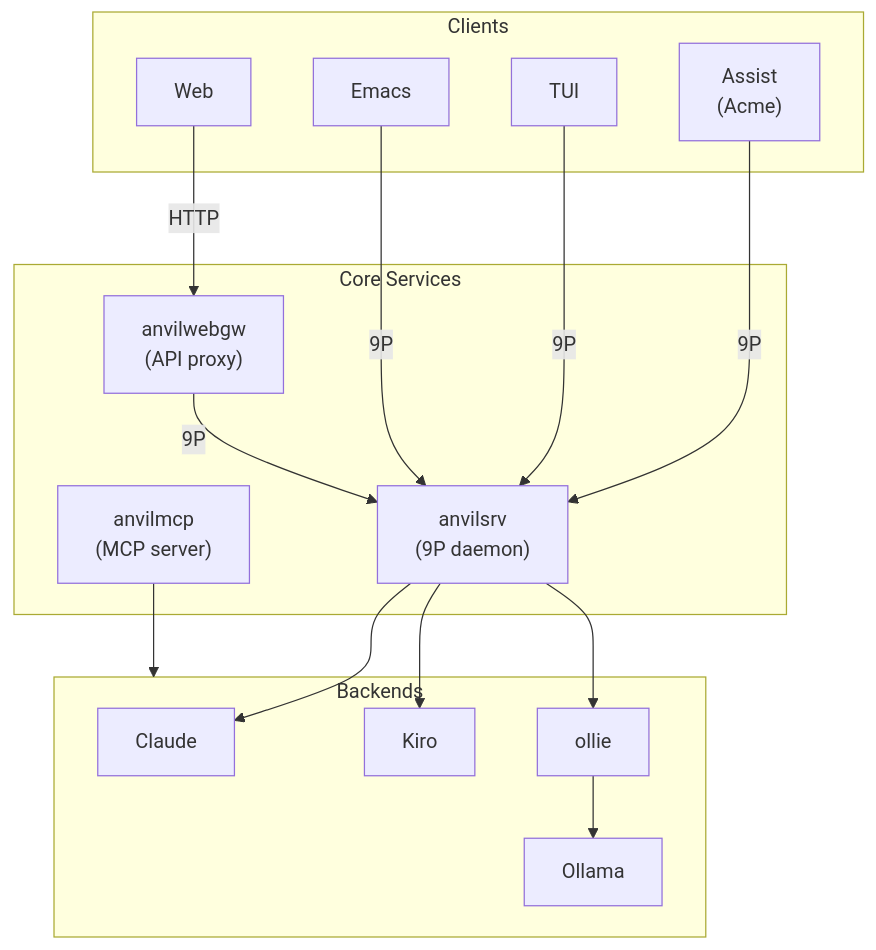
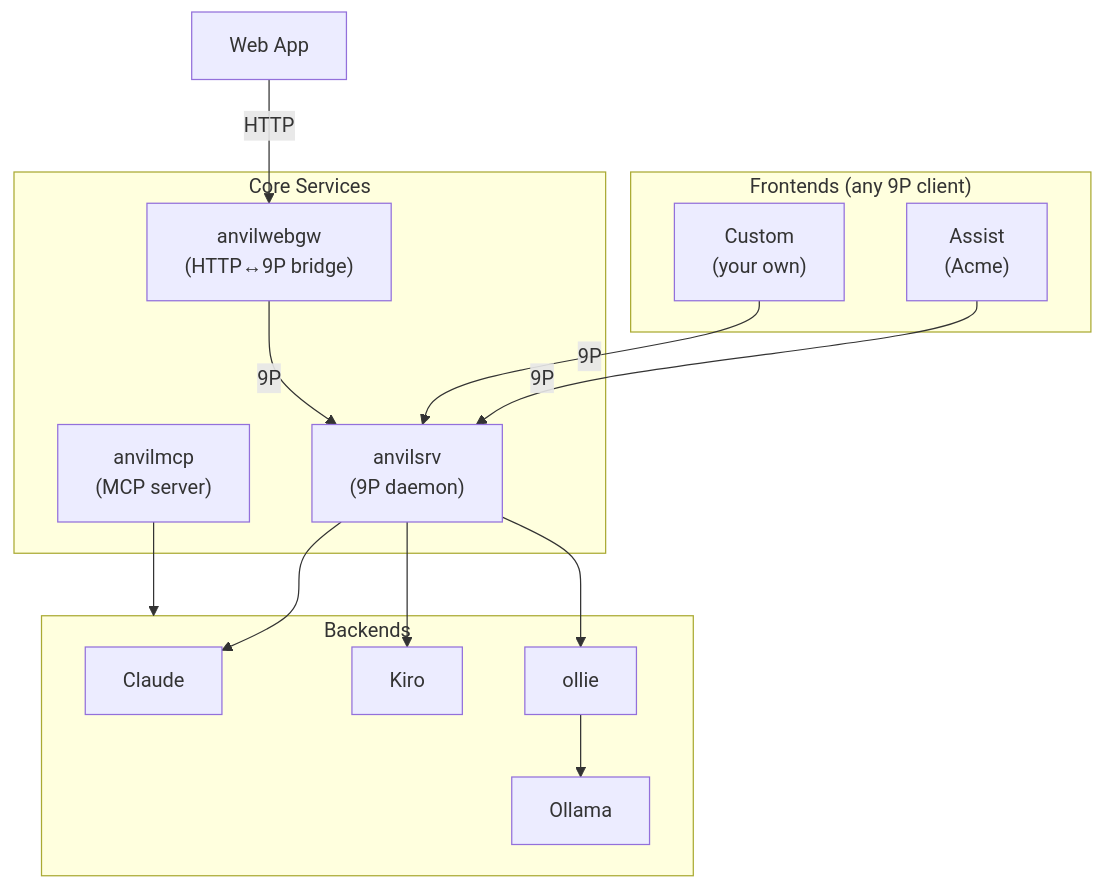
Before and after one commit to lneely/anvillm: the diagram in docs/diagrams/architecture.mmd, drawn with Mermaid. The commit also changed 12 other files, not shown here.

```diff
--- a/docs/diagrams/architecture.mmd
+++ b/docs/diagrams/architecture.mmd
@@ -1,32 +1,31 @@
 graph TB
-    subgraph Clients
+    subgraph Clients["Frontends (any 9P client)"]
         Assist["Assist<br/>(Acme)"]
-        TUI["TUI"]
-        Emacs["Emacs"]
-        Web["Web"]
+        Custom["Custom<br/>(your own)"]
     end
+    
+    WebApp["Web App"]
     
     subgraph Core["Core Services"]
         anvilsrv["anvilsrv<br/>(9P daemon)"]
         anvilmcp["anvilmcp<br/>(MCP server)"]
-        anvilwebgw["anvilwebgw<br/>(API proxy)"]
+        anvilwebgw["anvilwebgw<br/>(HTTP↔9P bridge)"]
     end
     
     subgraph Backends
         Claude["Claude"]
         Kiro["Kiro"]
         ollie["ollie"]
         Ollama["Ollama"]
     end
     
     Assist -->|9P| anvilsrv
-    TUI -->|9P| anvilsrv
-    Emacs -->|9P| anvilsrv
-    Web -->|HTTP| anvilwebgw
+    Custom -->|9P| anvilsrv
+    WebApp -->|HTTP| anvilwebgw
     anvilwebgw -->|9P| anvilsrv
     
     anvilsrv --> Claude
     anvilsrv --> Kiro
     anvilsrv --> ollie
     anvilmcp --> Backends
     ollie --> Ollama
```
